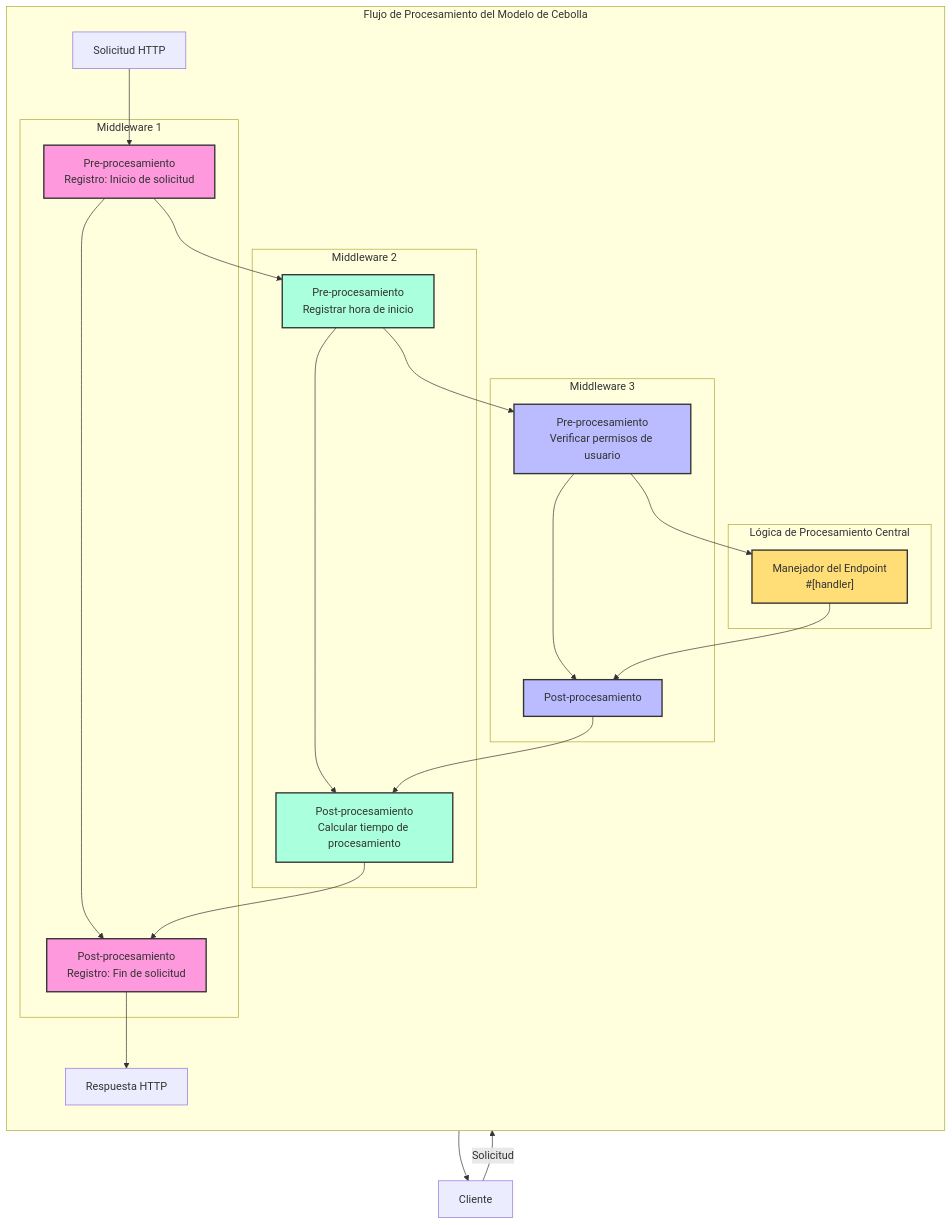
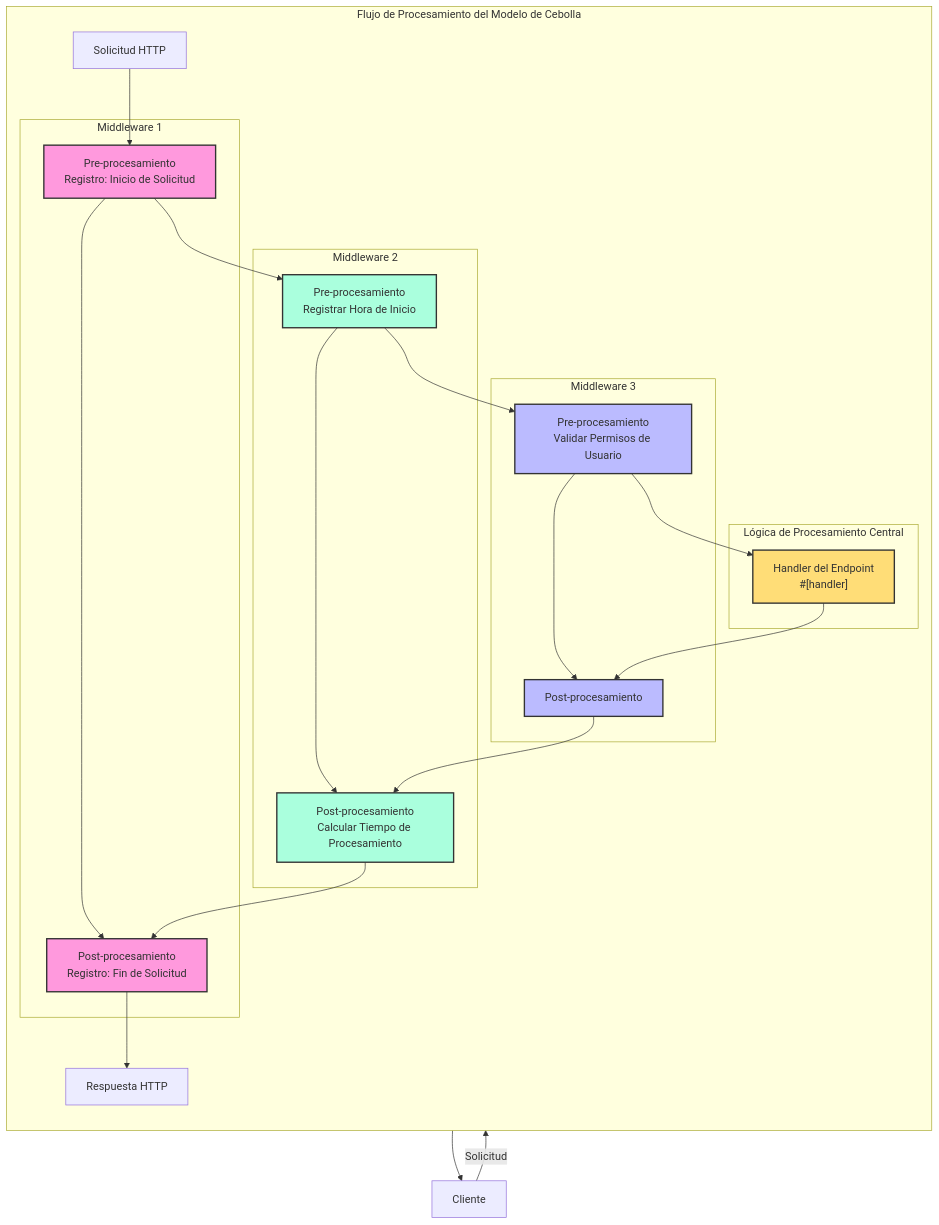
The second of 2 diagrams in docs/es/guide/concepts/handler.mdx (salvo-rs/website), drawn with Mermaid before and after one commit. The commit also changed other lines of this file and 326 other files, not shown here.

````diff
--- a/docs/es/guide/concepts/handler.mdx
+++ b/docs/es/guide/concepts/handler.mdx
@@ -60,45 +60,45 @@
 ```mermaid
 flowchart TB
-    Client[Cliente] -->|Solicitud| Request[Solicitud HTTP]
+    Cliente[Cliente] -->|Solicitud| Solicitud[Solicitud HTTP]
 
     subgraph "Flujo de Procesamiento del Modelo de Cebolla"
         direction TB
 
         subgraph M1["Middleware 1"]
-            M1A["Pre-procesamiento<br>Registro: Inicio de solicitud"] --> M1B["Post-procesamiento<br>Registro: Fin de solicitud"]
+            M1A["Pre-procesamiento<br>Registro: Inicio de Solicitud"] --> M1B["Post-procesamiento<br>Registro: Fin de Solicitud"]
         end
 
         subgraph M2["Middleware 2"]
-            M2A["Pre-procesamiento<br>Registrar hora de inicio"] --> M2B["Post-procesamiento<br>Calcular tiempo de procesamiento"]
+            M2A["Pre-procesamiento<br>Registrar Hora de Inicio"] --> M2B["Post-procesamiento<br>Calcular Tiempo de Procesamiento"]
         end
 
         subgraph M3["Middleware 3"]
-            M3A["Pre-procesamiento<br>Verificar permisos de usuario"] --> M3B["Post-procesamiento<br>"]
+            M3A["Pre-procesamiento<br>Validar Permisos de Usuario"] --> M3B["Post-procesamiento<br>"]
         end
 
-        subgraph Core["Lógica de Procesamiento Central"]
-            Handler["Manejador del Endpoint<br>#[handler]"]
+        subgraph Nucleo["Lógica de Procesamiento Central"]
+            Handler["Handler del Endpoint<br>#[handler]"]
         end
 
-        Request --> M1A
+        Solicitud --> M1A
         M1A --> M2A
         M2A --> M3A
         M3A --> Handler
         Handler --> M3B
         M3B --> M2B
         M2B --> M1B
-        M1B --> Response
+        M1B --> Respuesta
     end
 
-    Response[Respuesta HTTP] --> Client
+    Respuesta[Respuesta HTTP] --> Cliente
 
     classDef middleware1 fill:#f9d,stroke:#333,stroke-width:2px;
     classDef middleware2 fill:#afd,stroke:#333,stroke-width:2px;
     classDef middleware3 fill:#bbf,stroke:#333,stroke-width:2px;
     classDef core fill:#fd7,stroke:#333,stroke-width:2px;
 
     class M1A,M1B middleware1;
     class M2A,M2B middleware2;
     class M3A,M3B middleware3;
     class Handler core;
 ```
````
